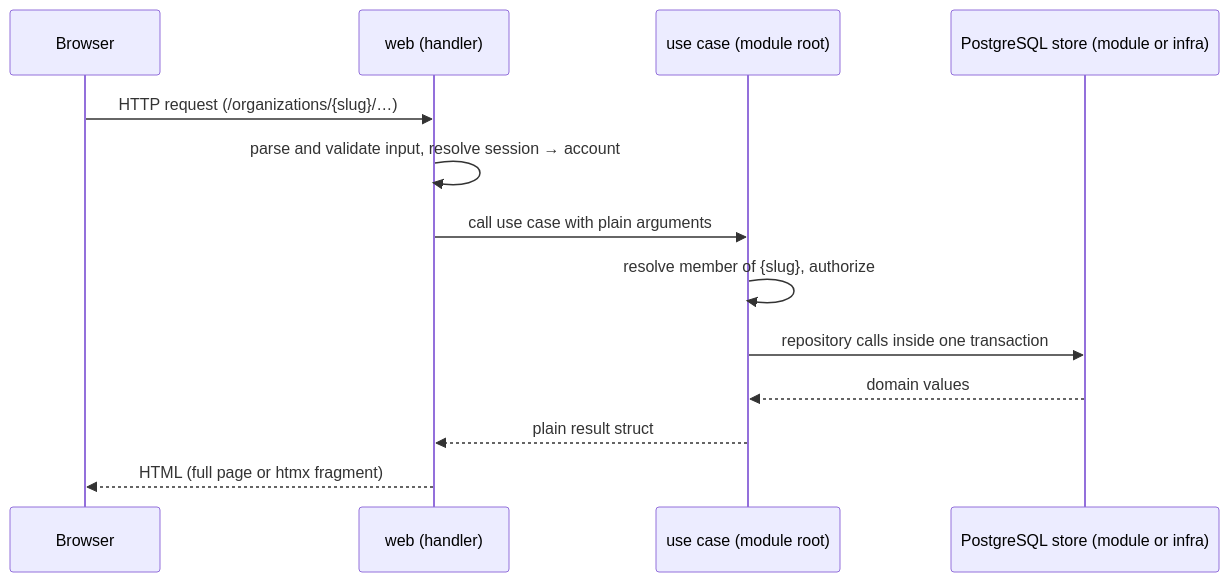
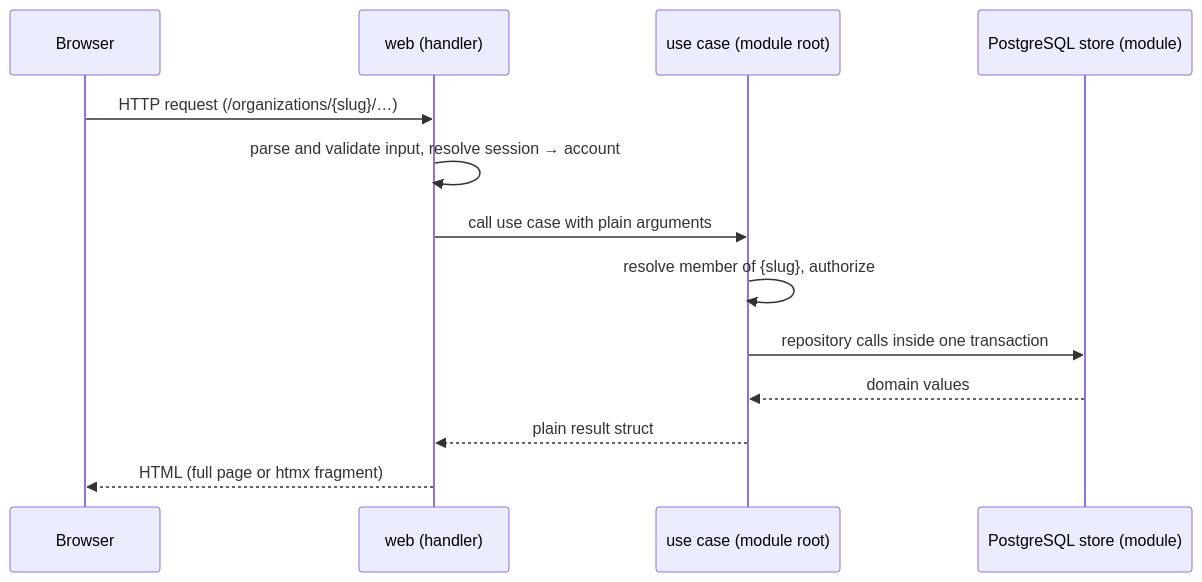
One commit to tkakkie/ribbitto changed the diagram in docs/architecture/request-flow.md. Above: the diagram before and after it, drawn with Mermaid. The commit also changed 21 other files, not shown here.

First line of the commit message:
refactor(infra): delete infra's topic store, the legacy sqlc entry and their lint allowances

````diff
--- a/docs/architecture/request-flow.md
+++ b/docs/architecture/request-flow.md
@@ -3,15 +3,15 @@
 ```mermaid
 sequenceDiagram
   participant B as Browser
   participant W as web (handler)
   participant A as use case (module root)
-  participant P as PostgreSQL store (module or infra)
+  participant P as PostgreSQL store (module)
   B->>W: HTTP request (/organizations/{slug}/…)
   W->>W: parse and validate input, resolve session → account
   W->>A: call use case with plain arguments
   A->>A: resolve member of {slug}, authorize
   A->>P: repository calls inside one transaction
   P-->>A: domain values
   A-->>W: plain result struct
   W-->>B: HTML (full page or htmx fragment)
 ```
````
